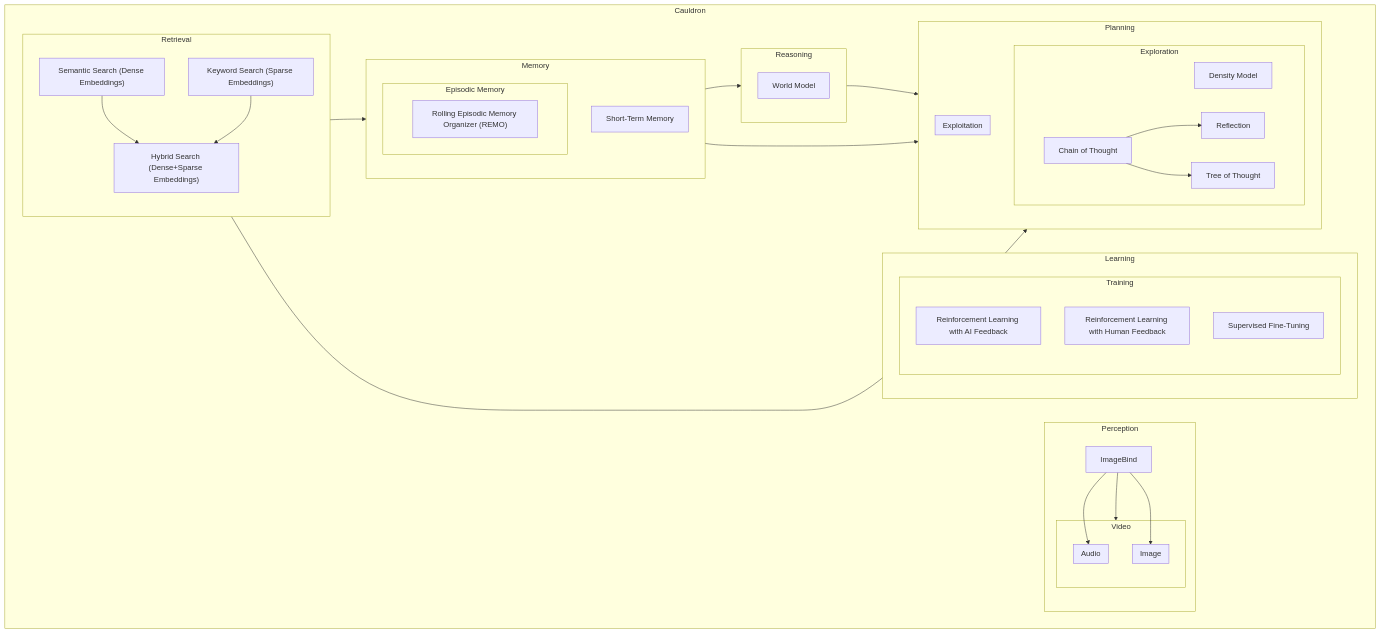
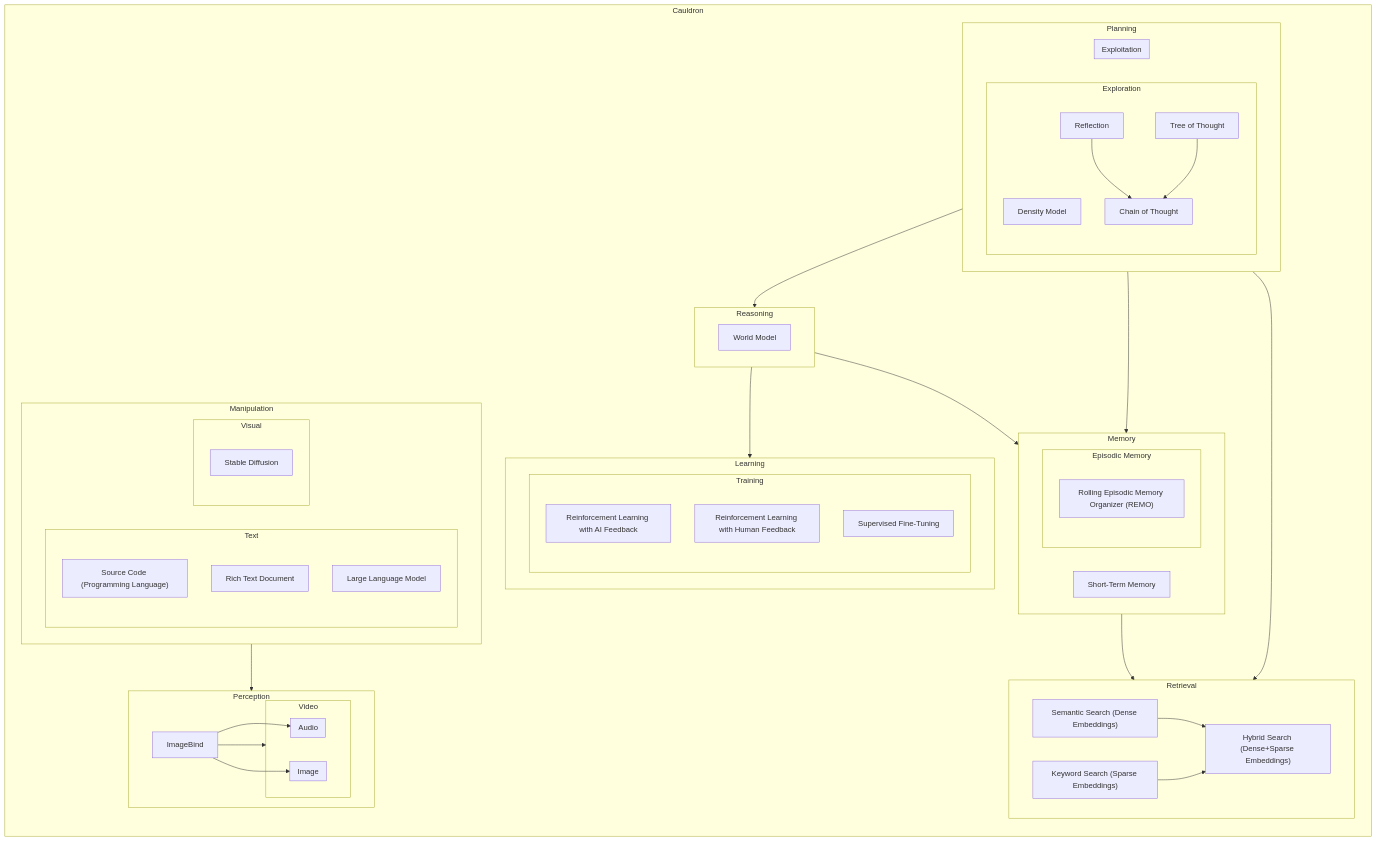
Before and after one commit to Glavin001/Cauldron: the diagram in README.md, drawn with Mermaid.

Commit message:
Add more

````diff
--- a/README.md
+++ b/README.md
@@ -5,64 +5,77 @@
 ```mermaid
 flowchart TB
 subgraph Cauldron
+direction TB
 
 subgraph Perception
   ImageBind
   
   ImageBind-->Video & Image & Audio
   subgraph Video
     subgraph Image
     end
     subgraph Audio
     end
   end
 end
 
+Manipulation-->Perception
+subgraph Manipulation
+  subgraph Text
+    Code["Source Code (Programming Language)"]
+    RichDoc[Rich Text Document]
+    LLM[Large Language Model]
+  end
+  subgraph Visual
+    SD[Stable Diffusion]
+  end
+end
+
+Reasoning-->Learning
 subgraph Learning
   subgraph Training
     RLAIF[Reinforcement Learning with AI Feedback]
     RLHF[Reinforcement Learning with Human Feedback]
     SFT[Supervised Fine-Tuning]
   end
 end
 
 subgraph Planning
   subgraph Exploration
     Density[Density Model]
     ToT[Tree of Thought]
     Reflection
-    CoT-->Reflection
-    CoT-->ToT
+    Reflection & ToT-->CoT
     CoT[Chain of Thought]
   end
 
   subgraph Exploitation
 
   end
 end
 
-Reasoning-->Planning
+Planning-->Reasoning
 subgraph Reasoning
   WorldModel[World Model]
 end
 
-Memory-->Reasoning & Planning
+Reasoning & Planning-->Memory
 subgraph Memory
   subgraph Episodic[Episodic Memory]
     REMO["Rolling Episodic Memory Organizer (REMO)"]
     click REMO href "https://github.com/daveshap/REMO_Framework" _blank
   end
   ShortTerm[Short-Term Memory]
   
 end
 
-Retrieval-->Memory & Planning
+Memory & Planning-->Retrieval
 subgraph Retrieval
   Hybrid["Hybrid Search (Dense+Sparse Embeddings)"]
   Semantic & Keyword --> Hybrid
   Semantic["Semantic Search (Dense Embeddings)"]
   Keyword["Keyword Search (Sparse Embeddings)"]
 end
 
 end
 ```
````
